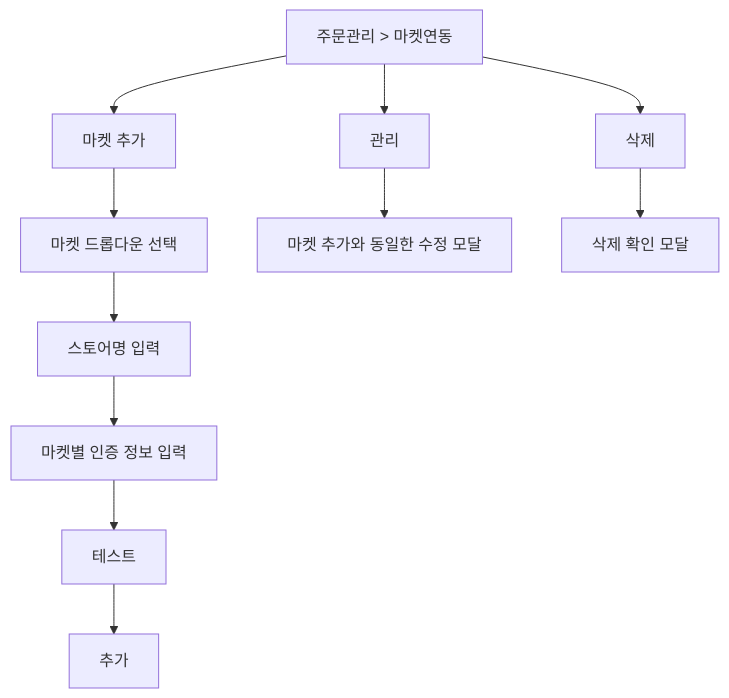
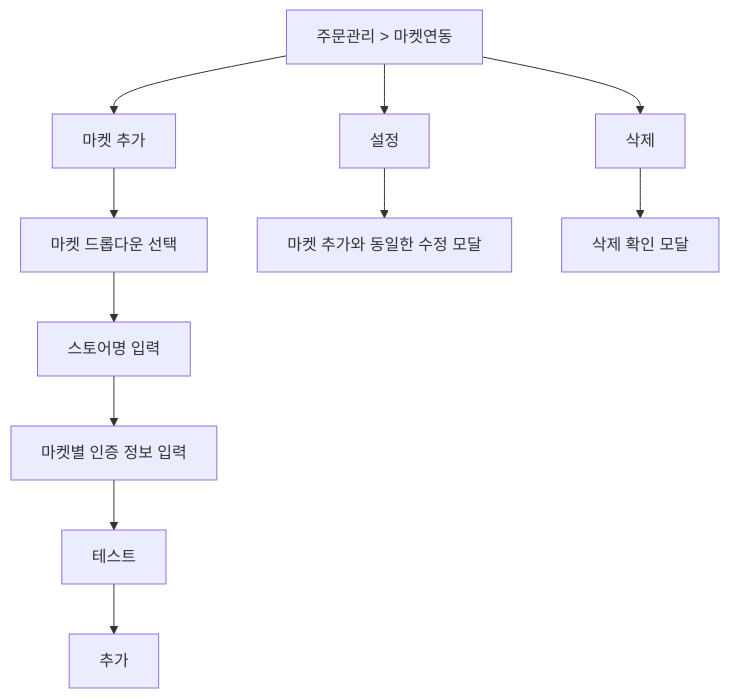
One commit to moonceo/Jmpp changed the first of 4 diagrams in docs/08_유저플로우/02_마켓연동_및_주문수집_유저플로우.md. Above: the diagram before and after it, drawn with Mermaid. The commit also changed other lines of this file and 19 other files, not shown here.

````diff
--- a/docs/08_유저플로우/02_마켓연동_및_주문수집_유저플로우.md
+++ b/docs/08_유저플로우/02_마켓연동_및_주문수집_유저플로우.md
@@ -11,13 +11,13 @@
 ```mermaid
 flowchart TD
     A["주문관리 > 마켓연동"] --> B["마켓 추가"]
     B --> C["마켓 드롭다운 선택"]
     C --> D["스토어명 입력"]
     D --> E["마켓별 인증 정보 입력"]
     E --> F["테스트"]
     F --> G["추가"]
-    A --> H["관리"]
+    A --> H["설정"]
     H --> I["마켓 추가와 동일한 수정 모달"]
     A --> J["삭제"]
     J --> K["삭제 확인 모달"]
 ```
````
